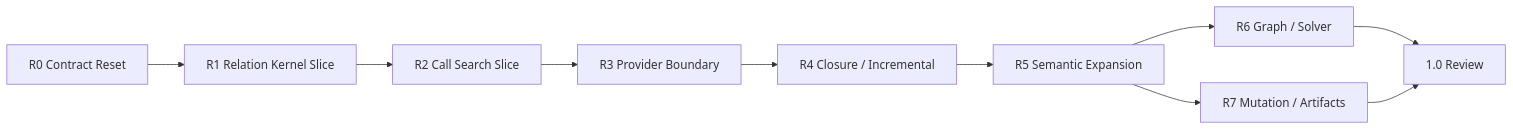
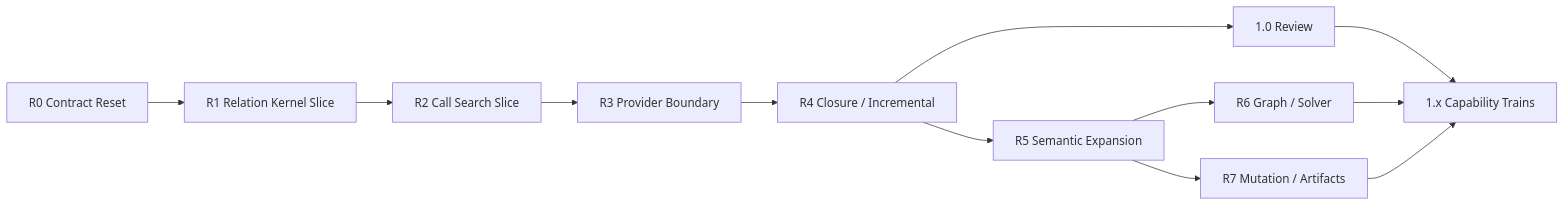
Before and after one commit to horiyamayoh/cxxlens: the third of 3 diagrams in docs/design/cxxlens_next_generation_integrated_design_ja.md, drawn with Mermaid. The commit also changed other lines of this file and 29 other files, not shown here.

````diff
--- a/docs/design/cxxlens_next_generation_integrated_design_ja.md
+++ b/docs/design/cxxlens_next_generation_integrated_design_ja.md
@@ -3930,22 +3976,24 @@
 ```mermaid
 flowchart LR
     R0["R0 Contract Reset"]
     R1["R1 Relation Kernel Slice"]
     R2["R2 Call Search Slice"]
     R3["R3 Provider Boundary"]
     R4["R4 Closure / Incremental"]
     R5["R5 Semantic Expansion"]
     R6["R6 Graph / Solver"]
     R7["R7 Mutation / Artifacts"]
     V1["1.0 Review"]
 
     R0 --> R1
     R1 --> R2
     R2 --> R3
     R3 --> R4
     R4 --> R5
+    R4 --> V1
     R5 --> R6
     R5 --> R7
-    R6 --> V1
-    R7 --> V1
+    V1 --> V1X["1.x Capability Trains"]
+    R6 --> V1X
+    R7 --> V1X
 ```
````
